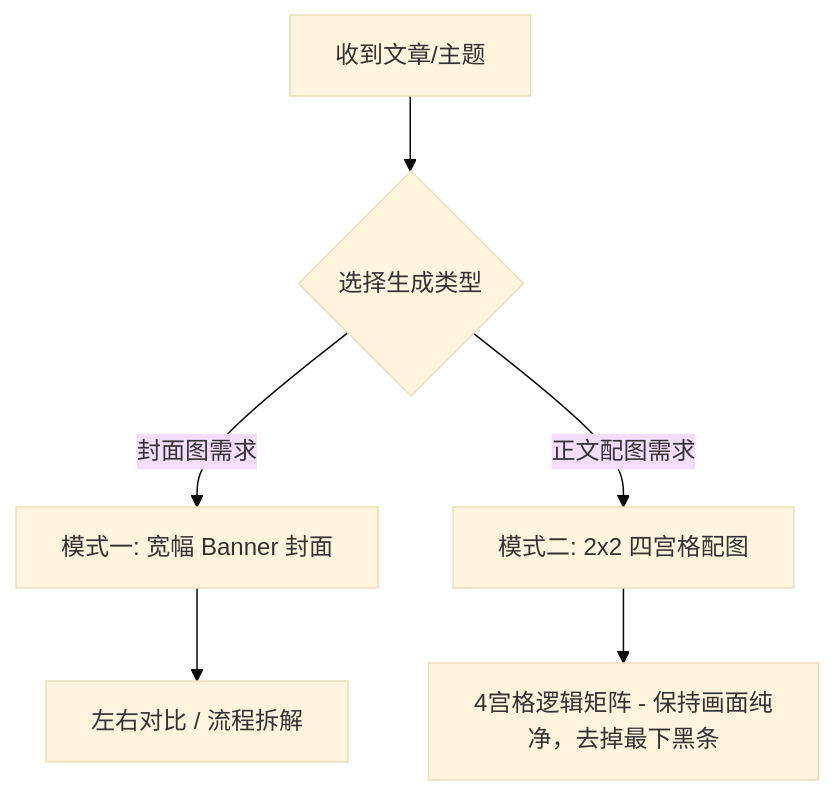
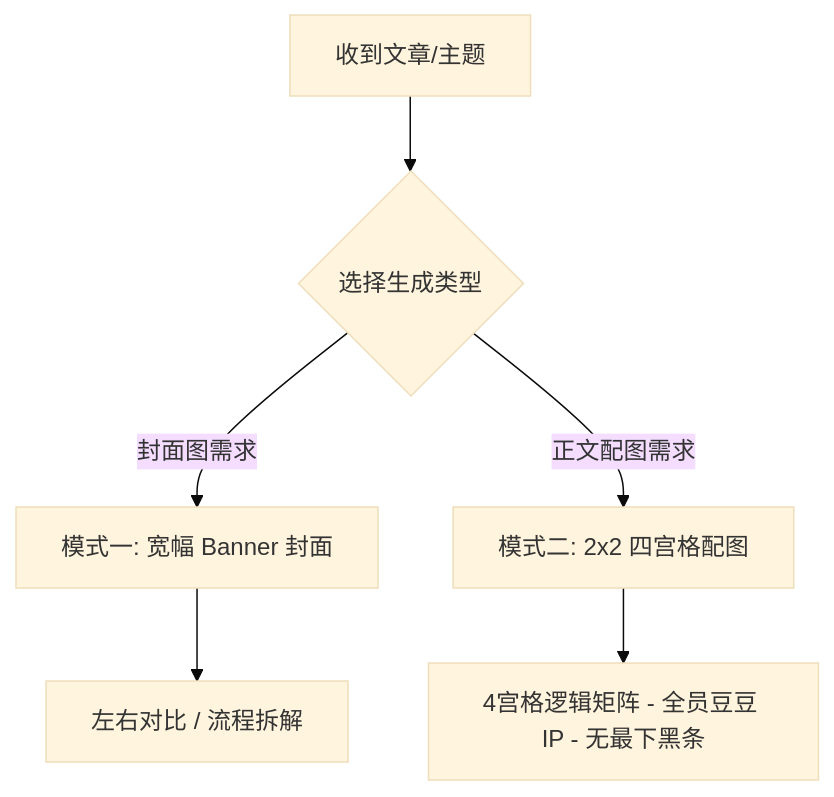
The diagram in SKILL.md (isdou/xiaodou-skill), drawn with Mermaid (base theme) before and after one commit. The commit also changed other lines of this file and 1 other file, not shown here.

````diff
--- a/SKILL.md
+++ b/SKILL.md
@@ -30,8 +33,8 @@
 ```mermaid
 graph TD
     A[收到文章/主题] --> B{选择生成类型}
     B -->|封面图需求| C[模式一: 宽幅 Banner 封面]
     B -->|正文配图需求| D[模式二: 2x2 四宫格配图]
     C --> C1[左右对比 / 流程拆解]
-    D --> D1[4宫格逻辑矩阵 - 保持画面纯净，去掉最下黑条]
+    D --> D1[4宫格逻辑矩阵 - 全员豆豆 IP - 无最下黑条]
 ```
````
